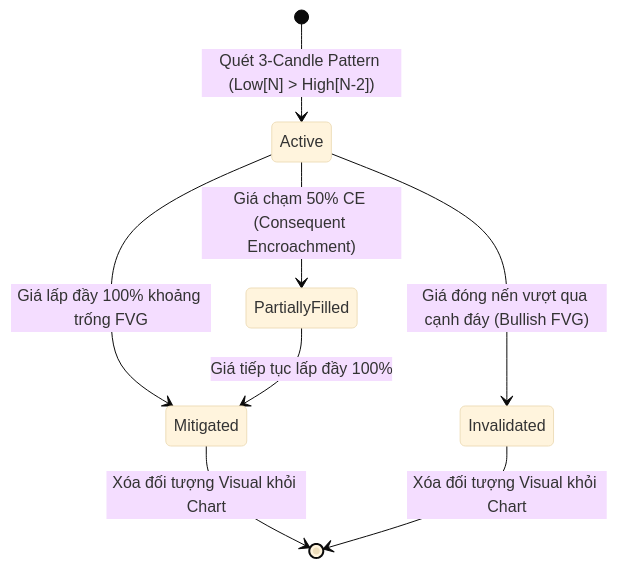
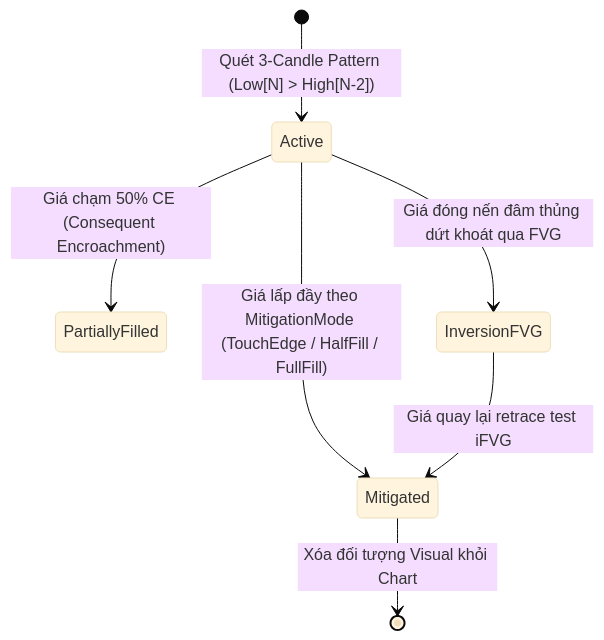
One commit to naviocean/cbot changed the second of 2 diagrams in Common/docs/smc/ARCH-smc-ict-core-engine.md. Above: the diagram before and after it, drawn with Mermaid (base theme). The commit also changed other lines of this file and 29 other files, not shown here.

Commit message:
feat(smc): Implement ICT Master v2.0 engines (NwogEngine, IctUnicornDetector, Inversion FVG, BPR) with 129 unit tests passed

````diff
--- a/Common/docs/smc/ARCH-smc-ict-core-engine.md
+++ b/Common/docs/smc/ARCH-smc-ict-core-engine.md
@@ -52,10 +54,9 @@
 ```mermaid
 stateDiagram-v2
     [*] --> Active: Quét 3-Candle Pattern (Low[N] > High[N-2])
     Active --> PartiallyFilled: Giá chạm 50% CE (Consequent Encroachment)
-    Active --> Mitigated: Giá lấp đầy 100% khoảng trống FVG
-    PartiallyFilled --> Mitigated: Giá tiếp tục lấp đầy 100%
-    Active --> Invalidated: Giá đóng nến vượt qua cạnh đáy (Bullish FVG)
+    Active --> Mitigated: Giá lấp đầy theo MitigationMode (TouchEdge / HalfFill / FullFill)
+    Active --> InversionFVG: Giá đóng nến đâm thủng dứt khoát qua FVG
+    InversionFVG --> Mitigated: Giá quay lại retrace test iFVG
     Mitigated --> [*]: Xóa đối tượng Visual khỏi Chart
-    Invalidated --> [*]: Xóa đối tượng Visual khỏi Chart
 ```
````
